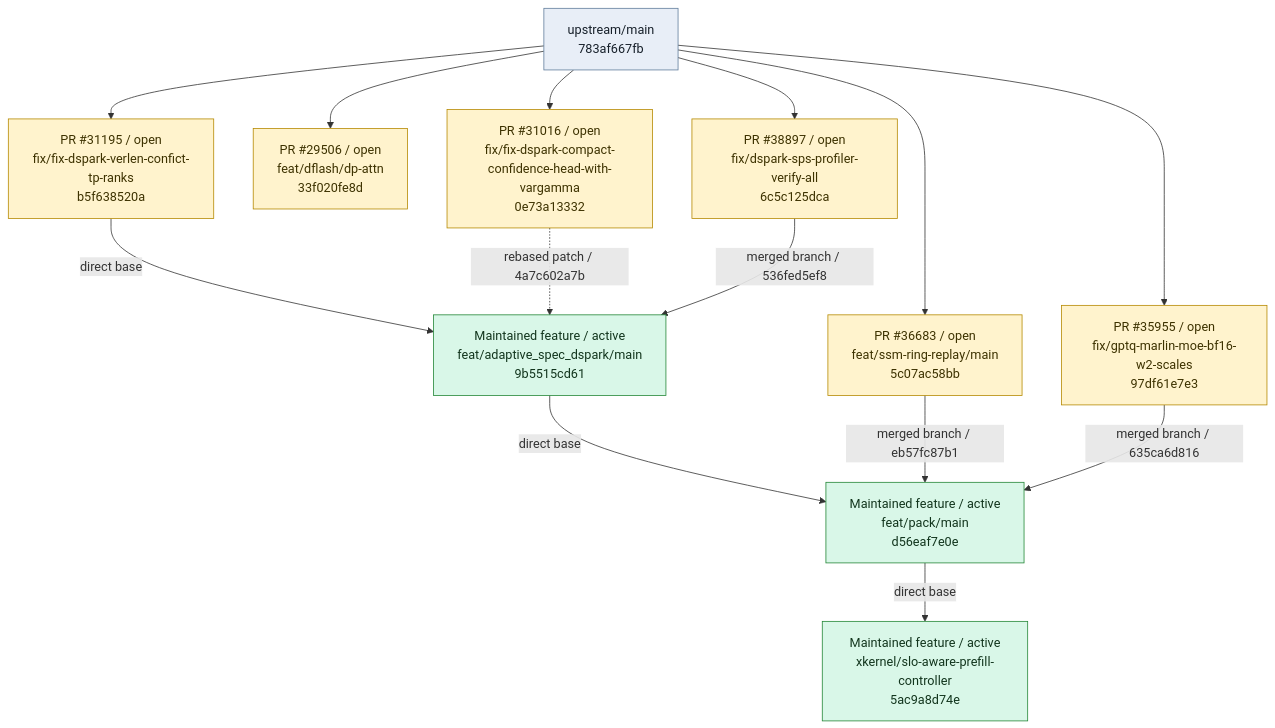
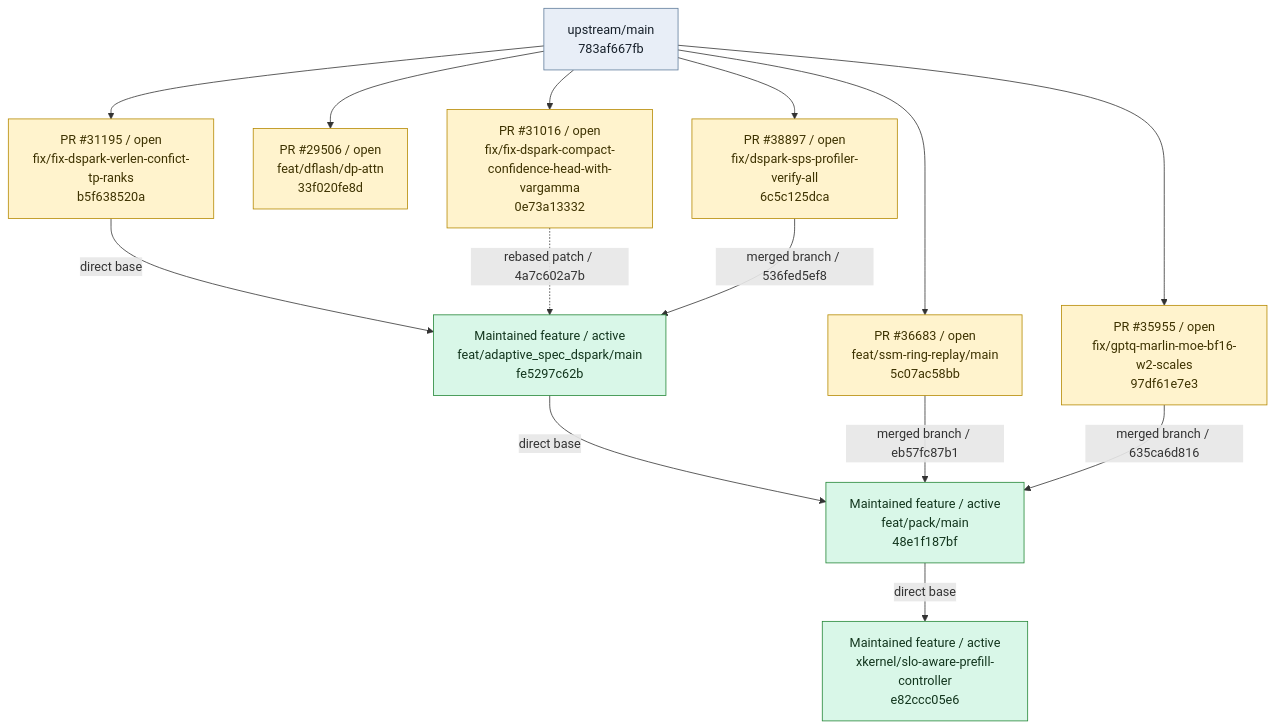
Before and after one commit to EanWang211123/sglang: the first of 4 diagrams in BRANCH_GRAPH.md, drawn with Mermaid. The commit also changed other lines of this file and 4 other files, not shown here.

````diff
--- a/BRANCH_GRAPH.md
+++ b/BRANCH_GRAPH.md
@@ -11,41 +11,41 @@
 ```mermaid
 flowchart TD
     base_upstream_main["upstream/main<br/>783af667fb"]
     branch_dspark_compact_ragged_verify["PR #38897 / open<br/>fix/dspark-sps-profiler-verify-all<br/>6c5c125dca"]
     base_upstream_main --> branch_dspark_compact_ragged_verify
     click branch_dspark_compact_ragged_verify "https://github.com/sgl-project/sglang/pull/38897"
     branch_dflash_dp_attn["PR #29506 / open<br/>feat/dflash/dp-attn<br/>33f020fe8d"]
     base_upstream_main --> branch_dflash_dp_attn
     click branch_dflash_dp_attn "https://github.com/sgl-project/sglang/pull/29506"
     branch_dspark_tp_budget_sync["PR #31195 / open<br/>fix/fix-dspark-verlen-confict-tp-ranks<br/>b5f638520a"]
     base_upstream_main --> branch_dspark_tp_budget_sync
     click branch_dspark_tp_budget_sync "https://github.com/sgl-project/sglang/pull/31195"
     branch_dspark_runtime_gamma["PR #31016 / open<br/>fix/fix-dspark-compact-confidence-head-with-vargamma<br/>0e73a13332"]
     base_upstream_main --> branch_dspark_runtime_gamma
     click branch_dspark_runtime_gamma "https://github.com/sgl-project/sglang/pull/31016"
     branch_gptq_marlin_moe_bf16_w2_scales["PR #35955 / open<br/>fix/gptq-marlin-moe-bf16-w2-scales<br/>97df61e7e3"]
     base_upstream_main --> branch_gptq_marlin_moe_bf16_w2_scales
     click branch_gptq_marlin_moe_bf16_w2_scales "https://github.com/sgl-project/sglang/pull/35955"
     branch_replayssm_dflash_dspark["PR #36683 / open<br/>feat/ssm-ring-replay/main<br/>5c07ac58bb"]
     base_upstream_main --> branch_replayssm_dflash_dspark
     click branch_replayssm_dflash_dspark "https://github.com/sgl-project/sglang/pull/36683"
-    branch_dspark_adaptive["Maintained feature / active<br/>feat/adaptive_spec_dspark/main<br/>9b5515cd61"]
+    branch_dspark_adaptive["Maintained feature / active<br/>feat/adaptive_spec_dspark/main<br/>fe5297c62b"]
     click branch_dspark_adaptive "https://github.com/EanWang211123/sglang/tree/feat/adaptive_spec_dspark/main"
-    branch_adaptive_dspark_replayssm_gptq_marlin_pack["Maintained feature / active<br/>feat/pack/main<br/>d56eaf7e0e"]
+    branch_adaptive_dspark_replayssm_gptq_marlin_pack["Maintained feature / active<br/>feat/pack/main<br/>48e1f187bf"]
     click branch_adaptive_dspark_replayssm_gptq_marlin_pack "https://github.com/EanWang211123/sglang/tree/feat/pack/main"
-    branch_xkernel_slo_aware_prefill_controller["Maintained feature / active<br/>xkernel/slo-aware-prefill-controller<br/>5ac9a8d74e"]
+    branch_xkernel_slo_aware_prefill_controller["Maintained feature / active<br/>xkernel/slo-aware-prefill-controller<br/>e82ccc05e6"]
     click branch_xkernel_slo_aware_prefill_controller "https://github.com/EanWang211123/sglang/tree/xkernel/slo-aware-prefill-controller"
     branch_dspark_tp_budget_sync -->|"direct base"| branch_dspark_adaptive
     branch_dspark_runtime_gamma -.->|"rebased patch / 4a7c602a7b"| branch_dspark_adaptive
     branch_dspark_compact_ragged_verify -->|"merged branch / 536fed5ef8"| branch_dspark_adaptive
     branch_dspark_adaptive -->|"direct base"| branch_adaptive_dspark_replayssm_gptq_marlin_pack
     branch_replayssm_dflash_dspark -->|"merged branch / eb57fc87b1"| branch_adaptive_dspark_replayssm_gptq_marlin_pack
     branch_gptq_marlin_moe_bf16_w2_scales -->|"merged branch / 635ca6d816"| branch_adaptive_dspark_replayssm_gptq_marlin_pack
     branch_adaptive_dspark_replayssm_gptq_marlin_pack -->|"direct base"| branch_xkernel_slo_aware_prefill_controller
     classDef base fill:#e8eef7,stroke:#607d9b,color:#17202a
     classDef pr fill:#fff3cd,stroke:#b58900,color:#3d3200
     classDef feature fill:#d9f7e8,stroke:#238636,color:#12351d
     class base_upstream_main base
     class branch_dspark_compact_ragged_verify,branch_dflash_dp_attn,branch_dspark_tp_budget_sync,branch_dspark_runtime_gamma,branch_gptq_marlin_moe_bf16_w2_scales,branch_replayssm_dflash_dspark pr
     class branch_dspark_adaptive,branch_adaptive_dspark_replayssm_gptq_marlin_pack,branch_xkernel_slo_aware_prefill_controller feature
 ```
````
